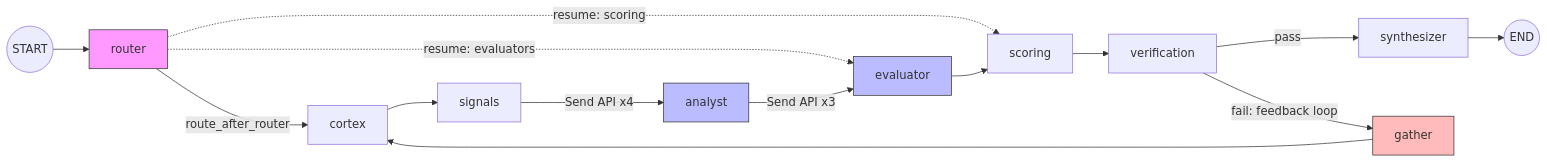
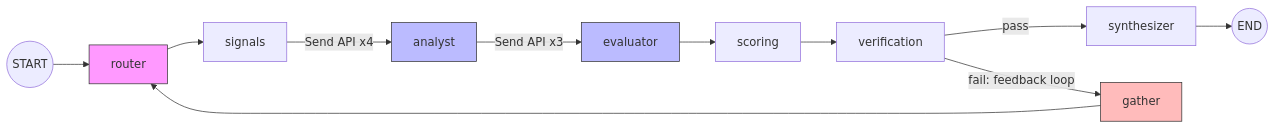
One commit to mangowhoiscloud/geode changed the second of 12 diagrams in docs/architecture/orchestration-operation.md. Above: the diagram before and after it, drawn with Mermaid. The commit also changed other lines of this file and 4 other files, not shown here.

````diff
--- a/docs/architecture/orchestration-operation.md
+++ b/docs/architecture/orchestration-operation.md
@@ -67,24 +69,20 @@
 ```mermaid
 graph LR
     S((START)) --> router
-    router -->|"route_after_router"| cortex
-    router -.->|"resume: evaluators"| evaluator
-    router -.->|"resume: scoring"| scoring
-
-    cortex --> signals
+    router --> signals
     signals -->|"Send API x4"| analyst
     analyst -->|"Send API x3"| evaluator
     evaluator --> scoring
     scoring --> verification
 
     verification -->|"pass"| synthesizer
     verification -->|"fail: feedback loop"| gather
-    gather --> cortex
+    gather --> router
 
     synthesizer --> E((END))
 
     style router fill:#f9f,stroke:#333
     style gather fill:#fbb,stroke:#333
     style analyst fill:#bbf,stroke:#333
     style evaluator fill:#bbf,stroke:#333
 ```
````
